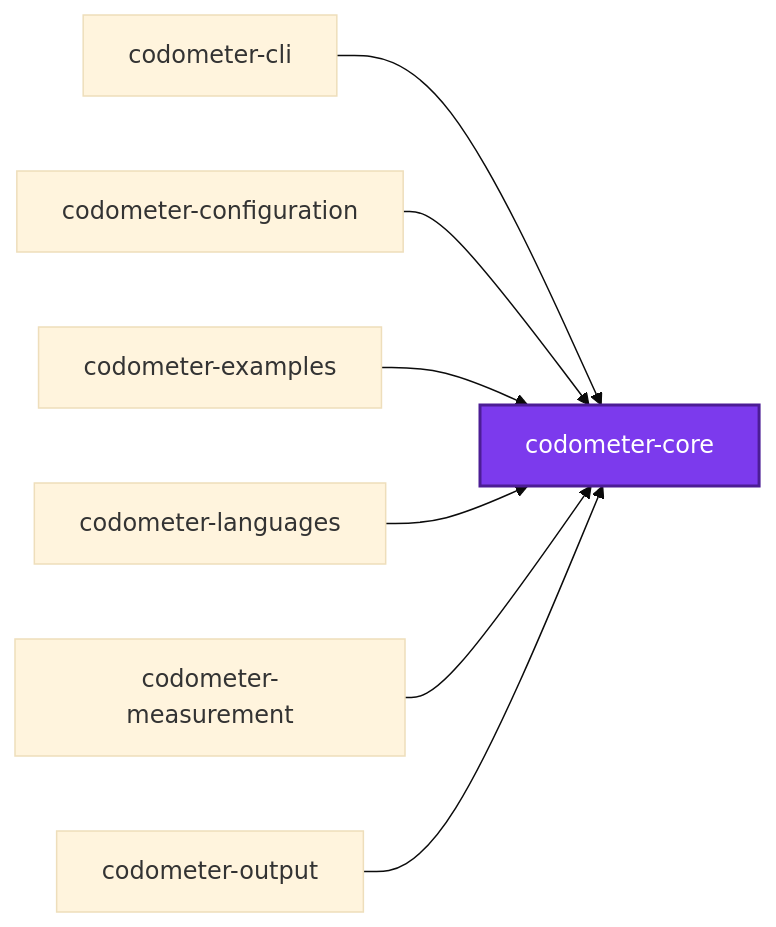
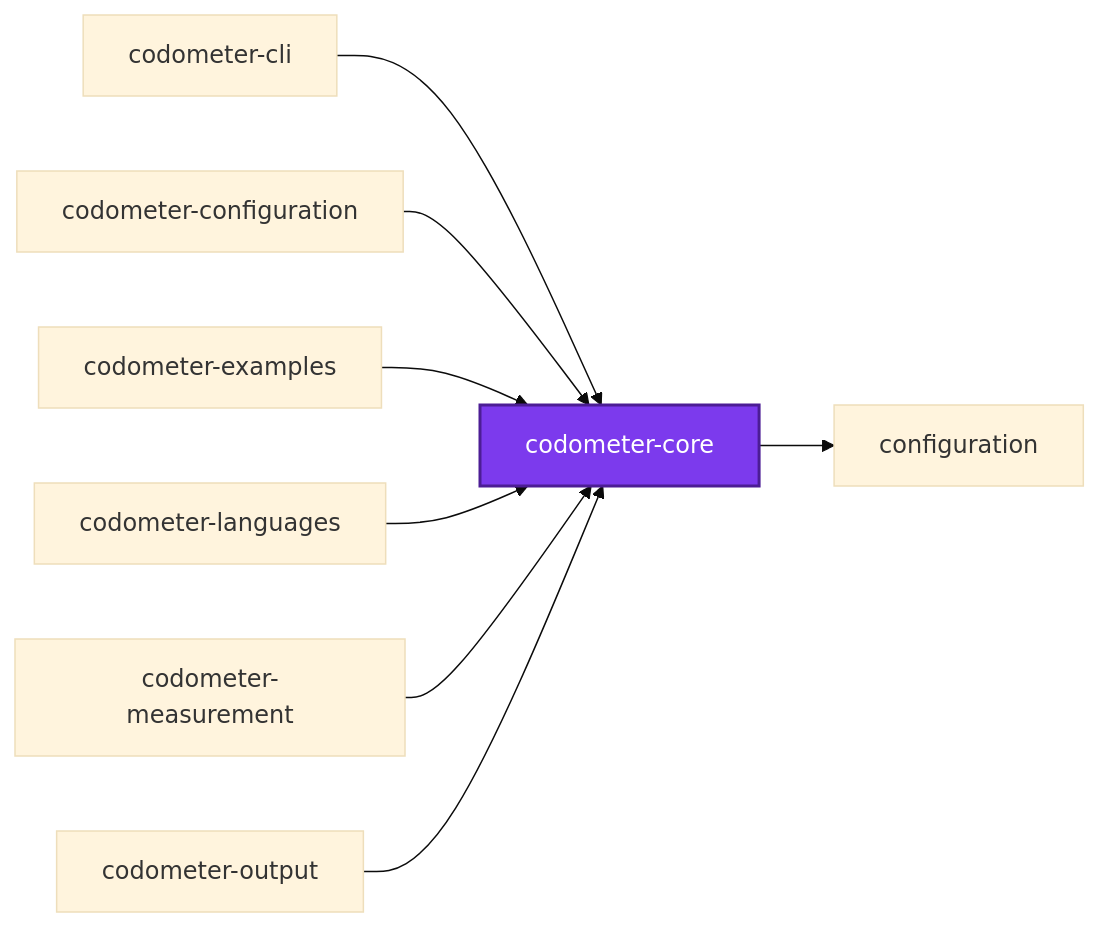
The first of 3 diagrams in projects/ic-suite/codometer/codometer-core/README.md (organizzolini/codebase), drawn with Mermaid (base theme) before and after one commit. The commit also changed 68 other files, not shown here.

````diff
--- a/projects/ic-suite/codometer/codometer-core/README.md
+++ b/projects/ic-suite/codometer/codometer-core/README.md
@@ -33,18 +33,20 @@
 ```mermaid
 graph LR
   codometer_cli["codometer-cli"]
   codometer_configuration["codometer-configuration"]
   codometer_core["codometer-core"]
   codometer_examples["codometer-examples"]
   codometer_languages["codometer-languages"]
   codometer_measurement["codometer-measurement"]
   codometer_output["codometer-output"]
+  configuration["configuration"]
   codometer_cli --> codometer_core
   codometer_configuration --> codometer_core
+  codometer_core --> configuration
   codometer_examples --> codometer_core
   codometer_languages --> codometer_core
   codometer_measurement --> codometer_core
   codometer_output --> codometer_core
   classDef subject fill:#7c3aed,color:#fff,stroke:#4c1d95,stroke-width:2px
   class codometer_core subject
 ```
````
